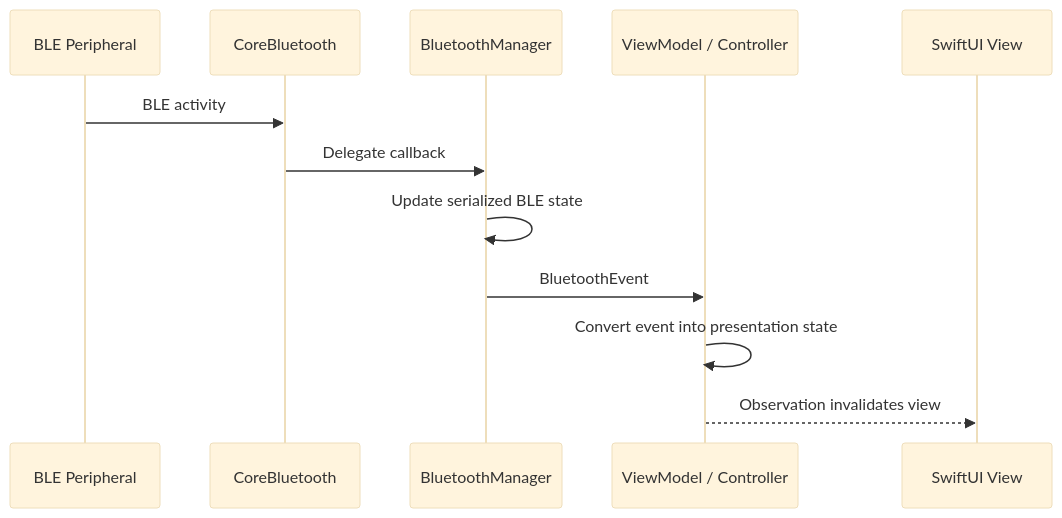
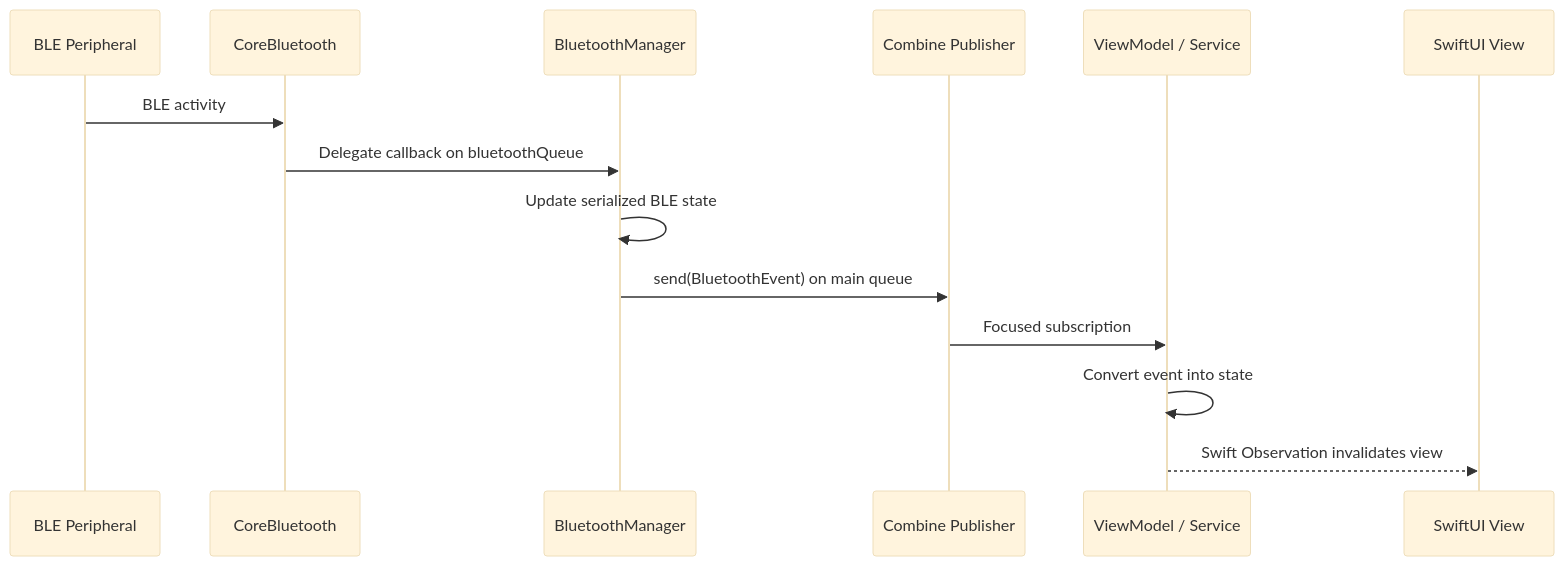
Before and after one commit to maxhanzo/Mirabilis-BlueCombine: the fourth of 4 diagrams in Documentation/ARCHITECTURE.md, drawn with Mermaid (base theme). The commit also changed other lines of this file and 12 other files, not shown here.

````diff
--- a/Documentation/ARCHITECTURE.md
+++ b/Documentation/ARCHITECTURE.md
@@ -284,15 +293,17 @@
 ```mermaid
 sequenceDiagram
     participant P as BLE Peripheral
     participant CB as CoreBluetooth
     participant BM as BluetoothManager
-    participant VM as ViewModel / Controller
+    participant C as Combine Publisher
+    participant VM as ViewModel / Service
     participant UI as SwiftUI View
 
     P->>CB: BLE activity
-    CB->>BM: Delegate callback
+    CB->>BM: Delegate callback on bluetoothQueue
     BM->>BM: Update serialized BLE state
-    BM->>VM: BluetoothEvent
-    VM->>VM: Convert event into presentation state
-    VM-->>UI: Observation invalidates view
+    BM->>C: send(BluetoothEvent) on main queue
+    C->>VM: Focused subscription
+    VM->>VM: Convert event into state
+    VM-->>UI: Swift Observation invalidates view
 ```
````
